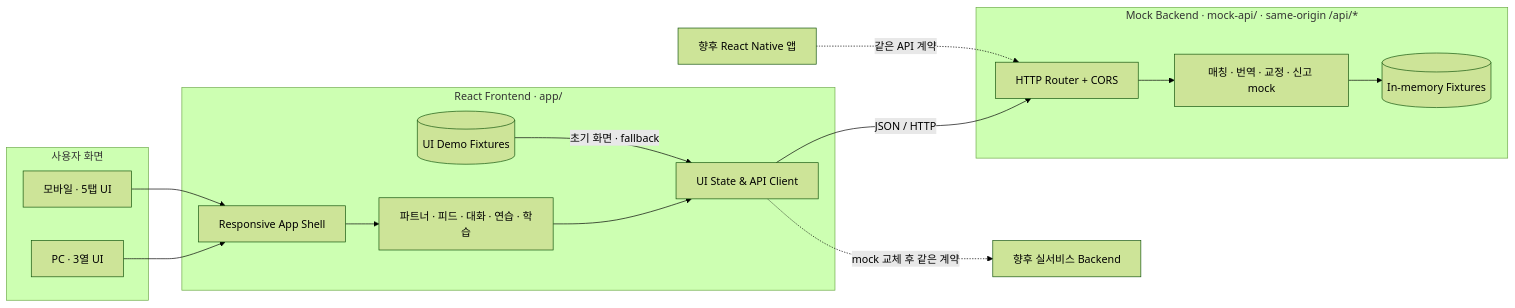
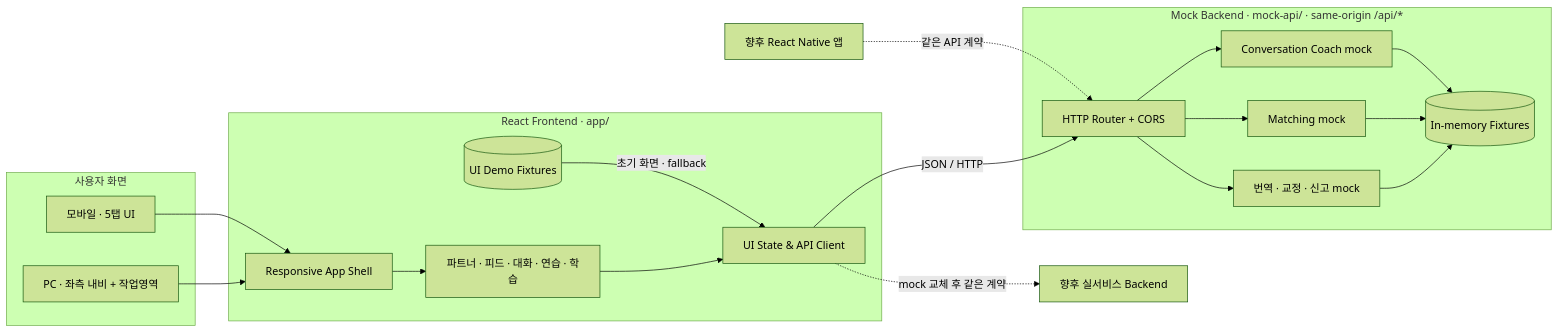
The first of 2 diagrams in README.md (Docile1115/lingoloop-web-mock), drawn with Mermaid (forest theme) before and after one commit. The commit also changed other lines of this file and 5 other files, not shown here.

Commit message:
Simplify daily matching and core mobile flows

````diff
--- a/README.md
+++ b/README.md
@@ -108,30 +114,34 @@
 ```mermaid
 flowchart LR
     subgraph Clients["사용자 화면"]
-        PC["PC · 3열 UI"]
+        PC["PC · 좌측 내비 + 작업영역"]
         Mobile["모바일 · 5탭 UI"]
     end
 
     subgraph Frontend["React Frontend · app/"]
         Shell["Responsive App Shell"]
         Features["파트너 · 피드 · 대화 · 연습 · 학습"]
         State["UI State & API Client"]
         Fallback[("UI Demo Fixtures")]
         Shell --> Features --> State
         Fallback -->|"초기 화면 · fallback"| State
     end
 
     subgraph MockBackend["Mock Backend · mock-api/ · same-origin /api/*"]
         Router["HTTP Router + CORS"]
-        Services["매칭 · 번역 · 교정 · 신고 mock"]
+        Services["번역 · 교정 · 신고 mock"]
+        Matching["Matching mock"]
+        Coach["Conversation Coach mock"]
         Memory[("In-memory Fixtures")]
         Router --> Services --> Memory
+        Router --> Matching --> Memory
+        Router --> Coach --> Memory
     end
 
     PC --> Shell
     Mobile --> Shell
     State -->|"JSON / HTTP"| Router
 
     RN["향후 React Native 앱"] -.->|"같은 API 계약"| Router
     State -.->|"mock 교체 후 같은 계약"| Real["향후 실서비스 Backend"]
 ```
````
